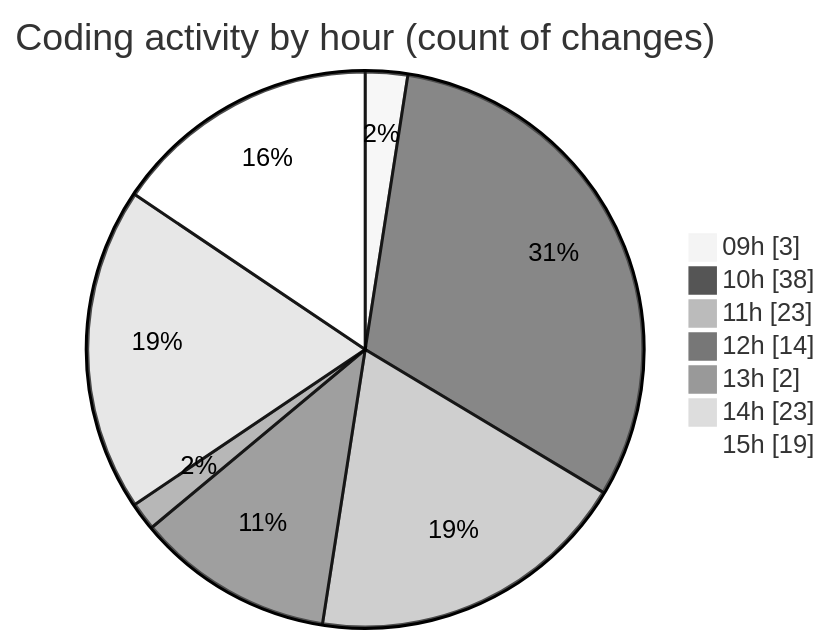
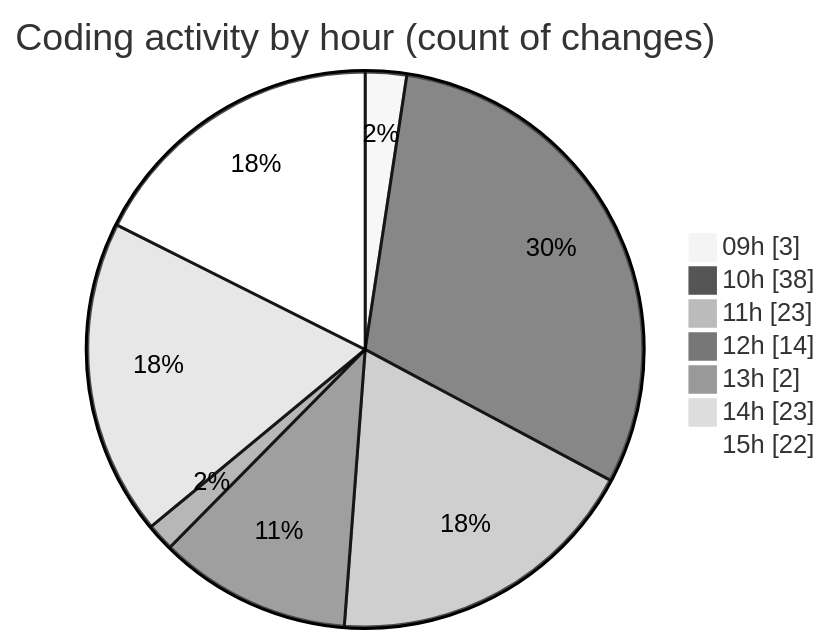
One commit to momahboobian/code-tracking changed the second of 2 diagrams in 2025-11-19/cda/README.md. Above: the diagram before and after it, drawn with Mermaid (neutral theme). The commit also changed other lines of this file and 1 other file, not shown here.

````diff
--- a/2025-11-19/cda/README.md
+++ b/2025-11-19/cda/README.md
@@ -33,11 +33,11 @@
 ```mermaid
 pie showData
 title Coding activity by hour (count of changes)
 "09h" : 3
 "10h" : 38
 "11h" : 23
 "12h" : 14
 "13h" : 2
 "14h" : 23
-"15h" : 19
+"15h" : 22
 ```
````
